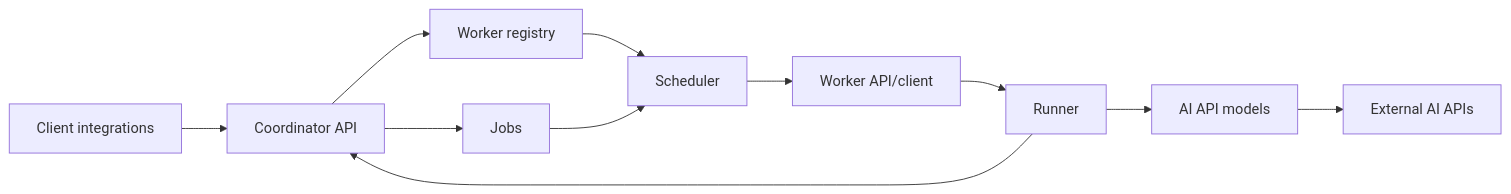
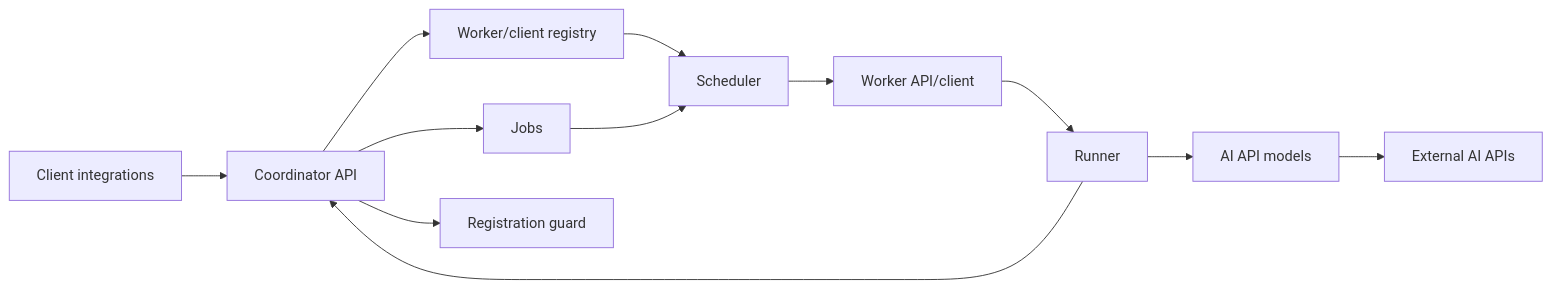
The diagram in README.md (dmitriishobolov/TryOnService), drawn with Mermaid before and after one commit. The commit also changed other lines of this file and 24 other files, not shown here.

Commit message:
feat: protect worker registration and refresh docs

````diff
--- a/README.md
+++ b/README.md
@@ -17,13 +18,14 @@
 ```mermaid
 flowchart LR
     Client["Client integrations"] --> CoordinatorAPI["Coordinator API"]
     CoordinatorAPI --> Jobs["Jobs"]
-    CoordinatorAPI --> Registry["Worker registry"]
+    CoordinatorAPI --> Registry["Worker/client registry"]
+    CoordinatorAPI --> Security["Registration guard"]
     Registry --> Scheduler["Scheduler"]
     Jobs --> Scheduler
     Scheduler --> WorkerAPI["Worker API/client"]
     WorkerAPI --> Runner["Runner"]
     Runner --> Models["AI API models"]
     Models --> AI["External AI APIs"]
     Runner --> CoordinatorAPI
 ```
````
